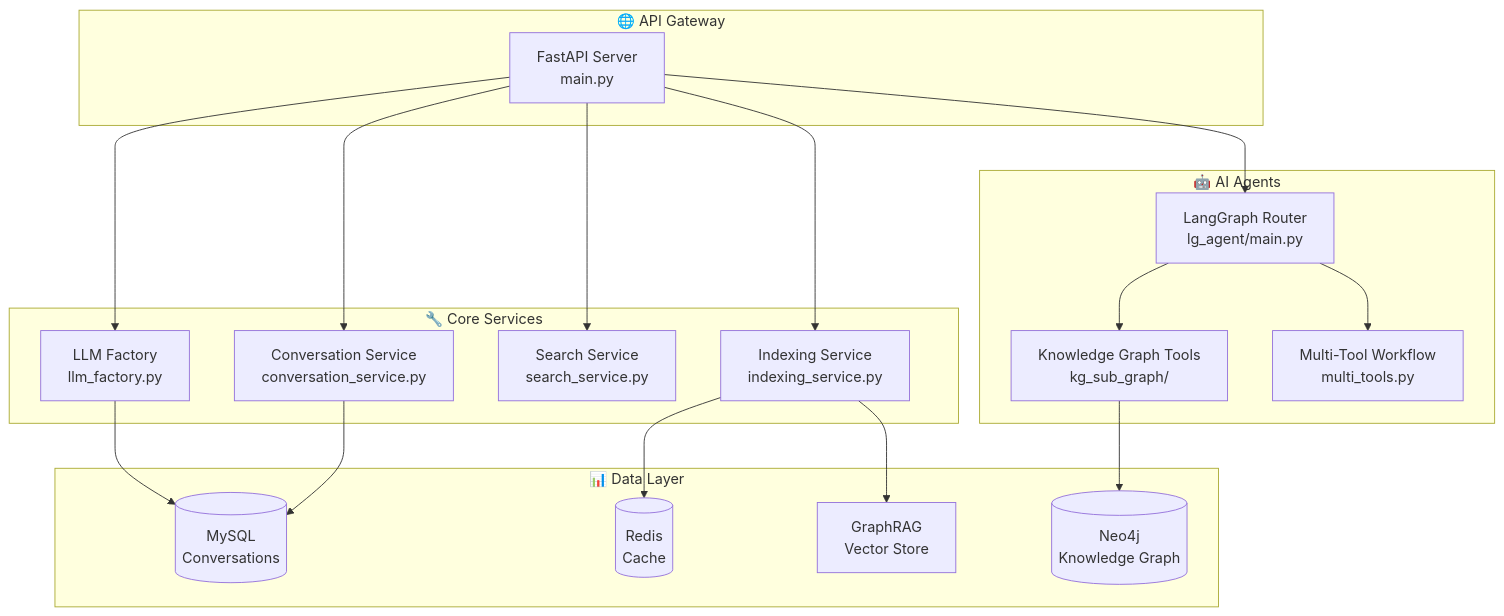
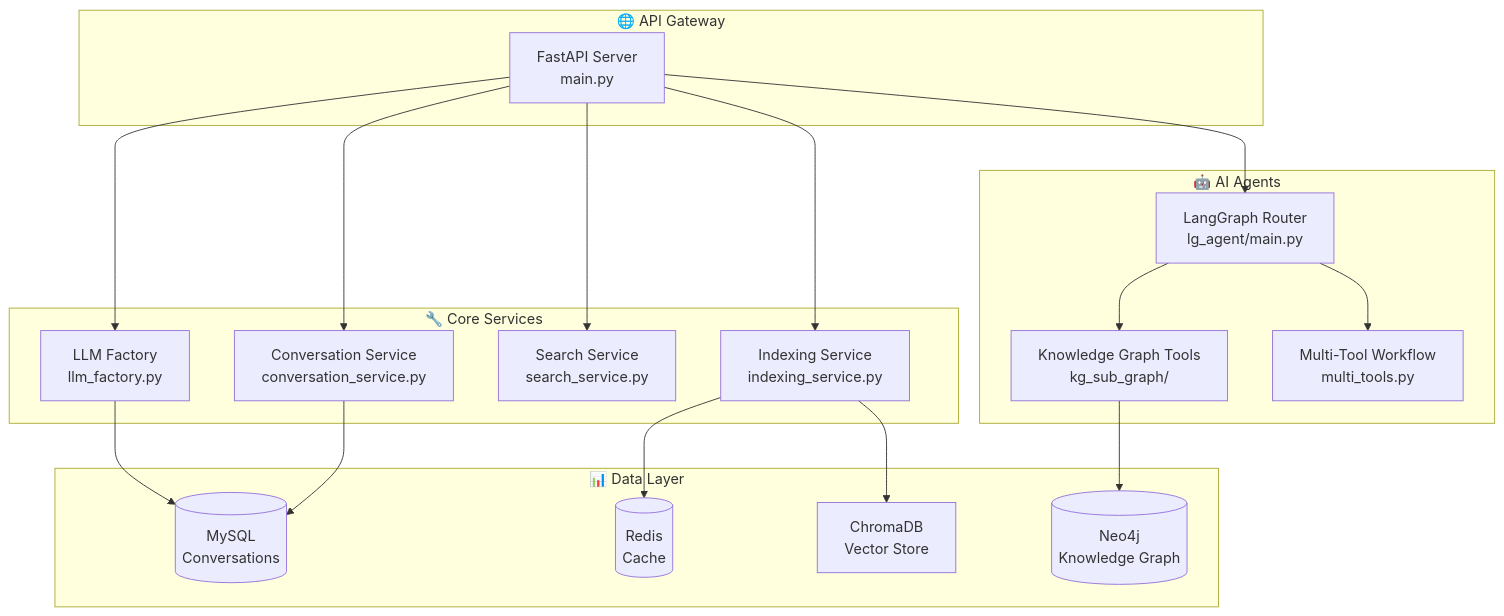
Before and after one commit to blowt16/SmartCS-Agent: the diagram in llm_backend/README.md, drawn with Mermaid. The commit also changed other lines of this file and 11 other files, not shown here.

Commit message:
[docs] 全面清理 GraphRAG 残留：README/学习文档/配置文件/脚本统一为标准 RAG（ChromaDB）描述，删除 fix_nb.py 与 docker-compose 无效挂载

````diff
--- a/llm_backend/README.md
+++ b/llm_backend/README.md
@@ -15,40 +15,40 @@
 ```mermaid
 flowchart TB
     subgraph "🌐 API Gateway"
         A[FastAPI Server<br/>main.py]
     end
     
     subgraph "🔧 Core Services"
         B[LLM Factory<br/>llm_factory.py]
         C[Conversation Service<br/>conversation_service.py]
         D[Search Service<br/>search_service.py]
         E[Indexing Service<br/>indexing_service.py]
     end
     
     subgraph "🤖 AI Agents"
         F[LangGraph Router<br/>lg_agent/main.py]
         G[Knowledge Graph Tools<br/>kg_sub_graph/]
         H[Multi-Tool Workflow<br/>multi_tools.py]
     end
     
     subgraph "📊 Data Layer"
         I[(MySQL<br/>Conversations)]
         J[(Neo4j<br/>Knowledge Graph)]
         K[(Redis<br/>Cache)]
-        L[GraphRAG<br/>Vector Store]
+        L[ChromaDB<br/>Vector Store]
     end
     
     A --> B
     A --> C
     A --> D
     A --> E
     A --> F
     
     B --> I
     C --> I
     F --> G
     F --> H
     G --> J
     E --> K
     E --> L
 ```
````
